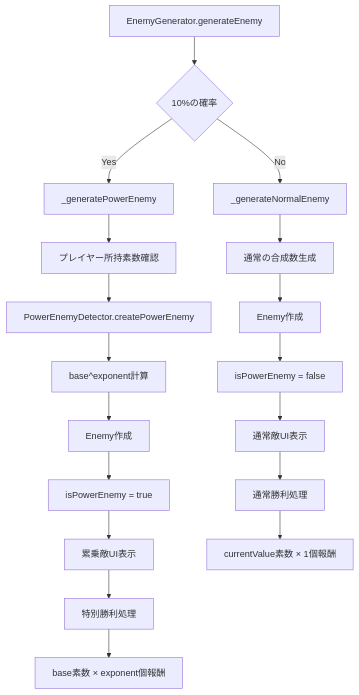
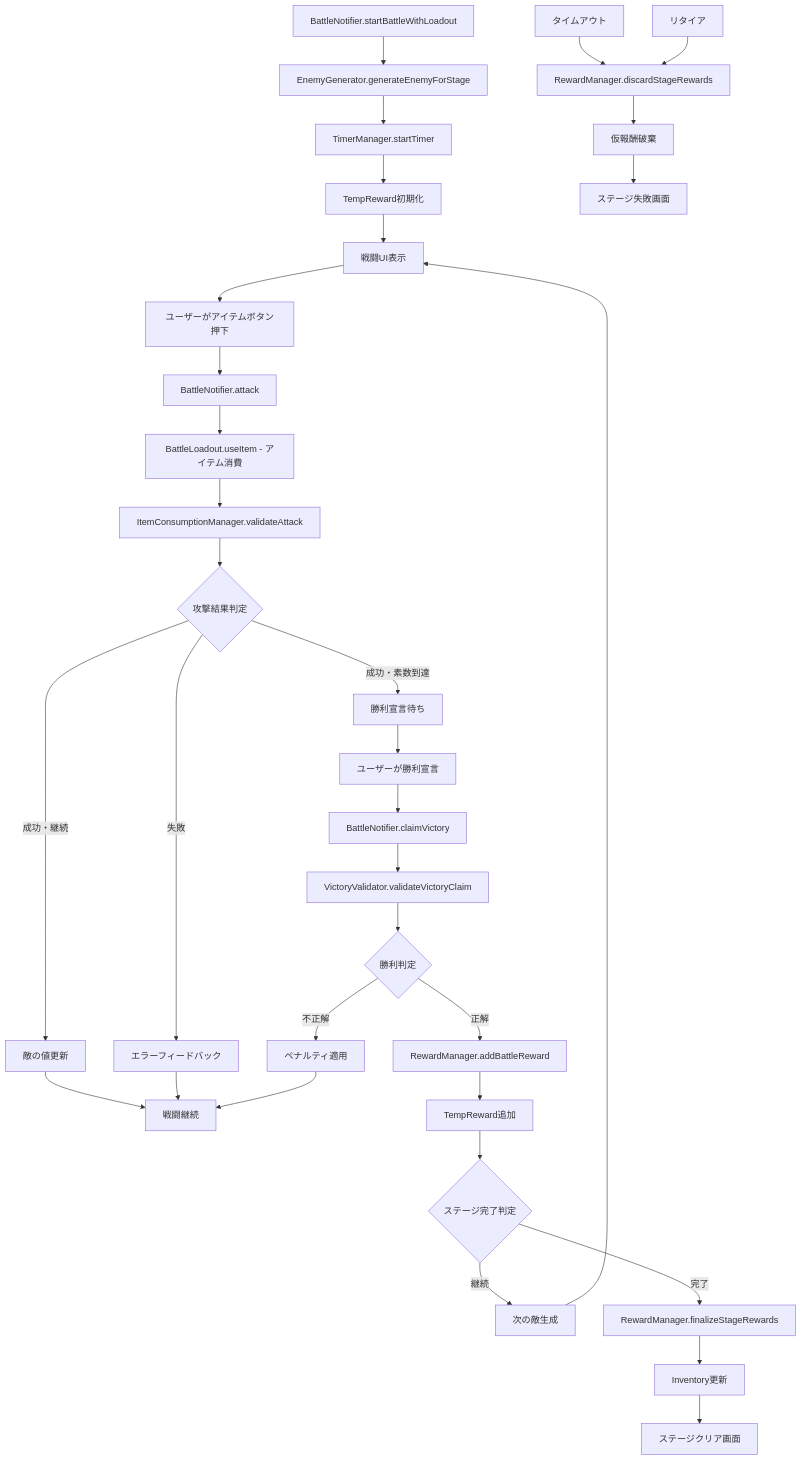
The fifth of 7 diagrams in docs/detailed_class_design.md (WMs784/composite_hunter), drawn with Mermaid before and after one commit. The commit also changed other lines of this file and 3 other files, not shown here.

````diff
--- a/docs/detailed_class_design.md
+++ b/docs/detailed_class_design.md
@@ -503,25 +793,45 @@
 ```mermaid
 flowchart TD
-    A[EnemyGenerator.generateEnemy] --> B{10%の確率}
-    B -->|Yes| C[_generatePowerEnemy]
-    B -->|No| D[_generateNormalEnemy]
-    
-    C --> E[プレイヤー所持素数確認]
-    E --> F[PowerEnemyDetector.createPowerEnemy]
-    F --> G[base^exponent計算]
-    G --> H[Enemy作成]
-    H --> I[isPowerEnemy = true]
-    
-    D --> J[通常の合成数生成]
-    J --> K[Enemy作成]
-    K --> L[isPowerEnemy = false]
-    
-    I --> M[累乗敵UI表示]
-    L --> N[通常敵UI表示]
-    
-    M --> O[特別勝利処理]
-    N --> P[通常勝利処理]
-    
-    O --> Q[base素数 × exponent個報酬]
-    P --> R[currentValue素数 × 1個報酬]
+    A[BattleNotifier.startBattleWithLoadout] --> B[EnemyGenerator.generateEnemyForStage]
+    B --> C[TimerManager.startTimer]
+    C --> D[TempReward初期化]
+    D --> E[戦闘UI表示]
+
+    E --> F[ユーザーがアイテムボタン押下]
+    F --> G[BattleNotifier.attack]
+    G --> H[BattleLoadout.useItem - アイテム消費]
+    H --> I[ItemConsumptionManager.validateAttack]
+
+    I --> J{攻撃結果判定}
+    J -->|成功・継続| K[敵の値更新]
+    J -->|成功・素数到達| L[勝利宣言待ち]
+    J -->|失敗| M[エラーフィードバック]
+
+    K --> N[戦闘継続]
+    M --> N
+
+    L --> O[ユーザーが勝利宣言]
+    O --> P[BattleNotifier.claimVictory]
+    P --> Q[VictoryValidator.validateVictoryClaim]
+
+    Q --> R{勝利判定}
+    R -->|正解| S[RewardManager.addBattleReward]
+    R -->|不正解| T[ペナルティ適用]
+
+    S --> U[TempReward追加]
+    U --> V{ステージ完了判定}
+
+    V -->|継続| W[次の敵生成]
+    V -->|完了| X[RewardManager.finalizeStageRewards]
+
+    W --> E
+    X --> Y[Inventory更新]
+    Y --> Z[ステージクリア画面]
+
+    T --> N
+
+    AA[タイムアウト] --> BB[RewardManager.discardStageRewards]
+    CC[リタイア] --> BB
+    BB --> DD[仮報酬破棄]
+    DD --> EE[ステージ失敗画面]
 ```
````
